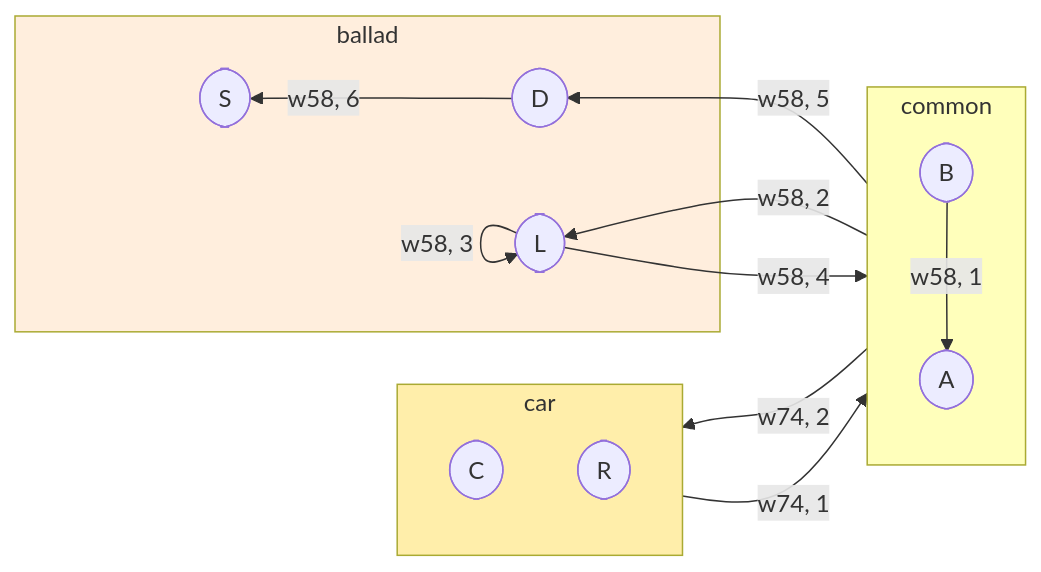
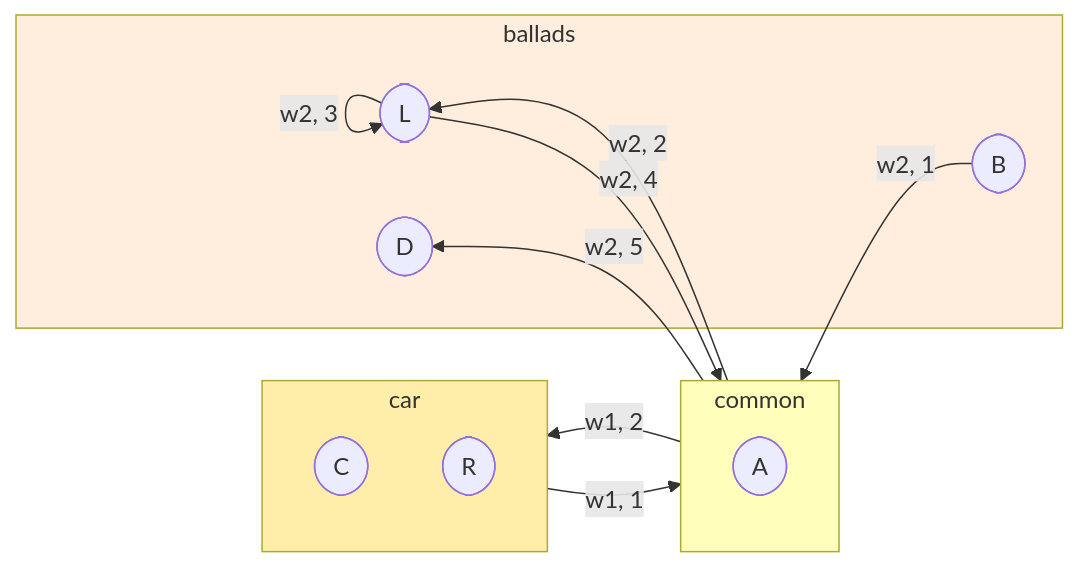
The second of 3 diagrams in pictoji.md (DavidLeoni/pictoji), drawn with Mermaid before and after one commit. The commit also changed other lines of this file and 6 other files, not shown here.

Commit message:
v0.6.21 graphemics, cardinalitiyes, tools

````diff
--- a/pictoji.md
+++ b/pictoji.md
@@ -1612,42 +1704,34 @@
 ```mermaid
 %%{init: { "flowchart": {  } }}%%
 flowchart RL
 
   subgraph car
       direction TB
       C(["C"])
       R(["R"])    
-
-      style car fill:#FEA ;
+      style car fill:#FEA;
   end
-
 
   subgraph common
       direction TB
       A(["A"])
-      B(["B"])
-
       style common fill:#FFB;
   end
 
+  subgraph ballads
+      L(["L"])
+      B(["B"])
+      D(["D"])
 
-  subgraph ballad
-    L(["L"])
-    D(["D"])
-    S(["S"])
-
-    style ballad fill:#FED;
+      style ballads fill:#FED;
   end
 
-  B-- "w58, 1" -->A
-  A-- "w58, 2" -->L
-  L-- "w58, 3" -->L
-  L-- "w58, 4" -->A
-  A-- "w58, 5" -->D
-  D-- "w58, 6" -->S
+  C-- "w1, 1" -->A
+  A-- "w1, 2" -->R
 
-  C-- "w74, 1" -->A
-  A-- "w74, 2" -->R
-
-
+  B-- "w2, 1" -->A
+  A-- "w2, 2" -->L
+  L-- "w2, 3" -->L
+  L-- "w2, 4" -->A
+  A-- "w2, 5" -->D
 ```
````
